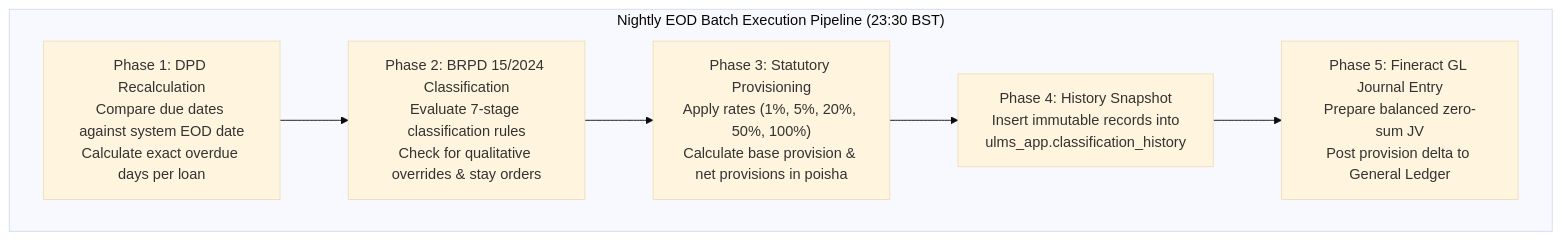
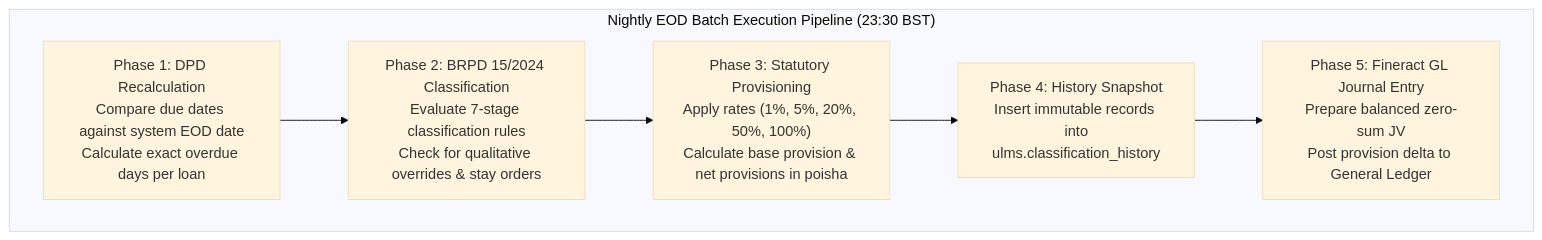
Before and after one commit to maz279/ulms: the diagram in technical_document/02_troubleshooting/DOC-02-TS-05_Nightly_EOD_Batch_and_Classification_Diagnostic_Guide.md, drawn with Mermaid (base theme). The commit also changed other lines of this file and 7 other files, not shown here.

Commit message:
Forensic revision v3.1.0 for TS-01/TS-03/TS-05/TS-07 (final four): outbox SQL columns, classification-board probe route, ulms_db name, HikariCP pool reconciliation + LaTeX repair, ulms schema prefix, HMAC-before-200 webhook step, loan row-lock semantics; addenda + revision rows; md twins synced

````diff
--- a/technical_document/02_troubleshooting/DOC-02-TS-05_Nightly_EOD_Batch_and_Classification_Diagnostic_Guide.md
+++ b/technical_document/02_troubleshooting/DOC-02-TS-05_Nightly_EOD_Batch_and_Classification_Diagnostic_Guide.md
@@ -30,11 +30,11 @@
 ```mermaid
 flowchart TD
     subgraph EOD_Pipeline ["Nightly EOD Batch Execution Pipeline (23:30 BST)"]
         P1["Phase 1: DPD Recalculation<br/>Compare due dates against system EOD date<br/>Calculate exact overdue days per loan"]
         P2["Phase 2: BRPD 15/2024 Classification<br/>Evaluate 7-stage classification rules<br/>Check for qualitative overrides & stay orders"]
         P3["Phase 3: Statutory Provisioning<br/>Apply rates (1%, 5%, 20%, 50%, 100%)<br/>Calculate base provision & net provisions in poisha"]
-        P4["Phase 4: History Snapshot<br/>Insert immutable records into<br/>ulms_app.classification_history"]
+        P4["Phase 4: History Snapshot<br/>Insert immutable records into<br/>ulms.classification_history"]
         P5["Phase 5: Fineract GL Journal Entry<br/>Prepare balanced zero-sum JV<br/>Post provision delta to General Ledger"]
     end
     P1 --> P2 --> P3 --> P4 --> P5
 ```
````
